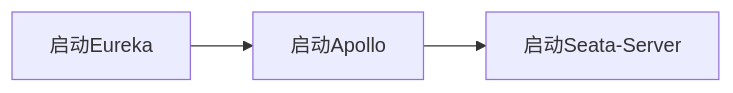
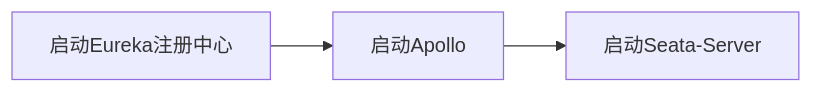
One commit to lingwh1995/books changed the ninth of 9 diagrams in environment/windows/windows-server2016/windows-server2016.md. Above: the diagram before and after it, drawn with Mermaid. The commit also changed 2 other files, not shown here.

Commit message:
更新内容

````diff
--- a/environment/windows/windows-server2016/windows-server2016.md
+++ b/environment/windows/windows-server2016/windows-server2016.md
@@ -1442,5 +1442,5 @@
 ```mermaid
 flowchart LR
-    启动Eureka-->启动Apollo
+    启动Eureka注册中心-->启动Apollo
 	启动Apollo-->启动Seata-Server
 ```
````
